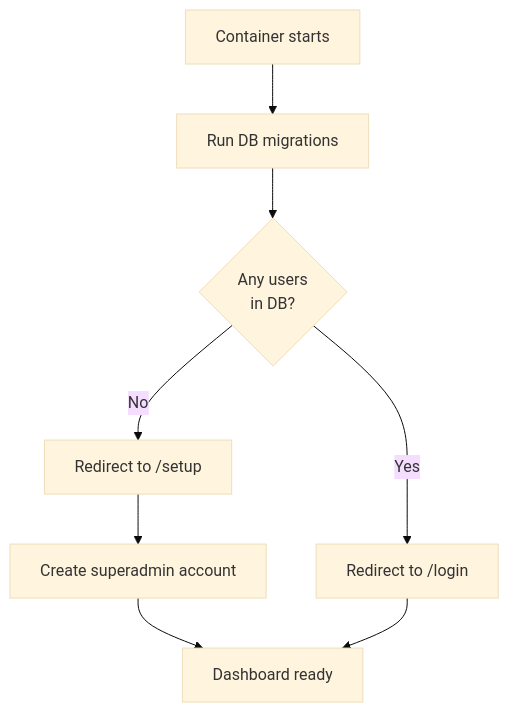
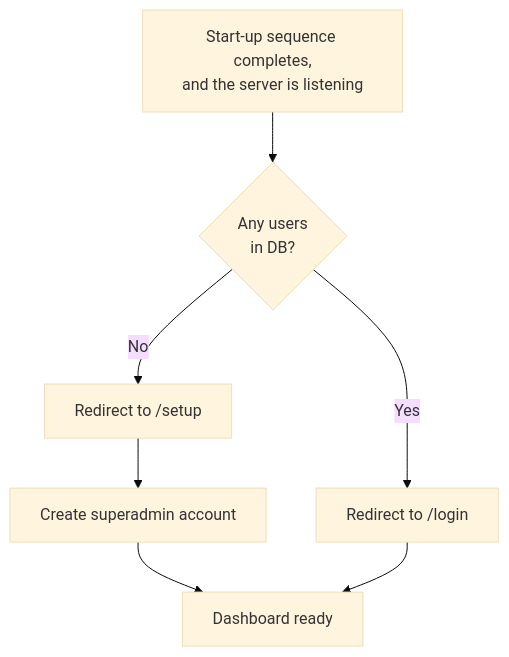
One commit to gitBoon/DumpFire changed the sixth of 10 diagrams in docs/deployment.md. Above: the diagram before and after it, drawn with Mermaid (base theme). The commit also changed other lines of this file and 317 other files, not shown here.

````diff
--- a/docs/deployment.md
+++ b/docs/deployment.md
@@ -150,10 +404,9 @@
 ```mermaid
 flowchart TD
-    Start["Container starts"] --> Migrate["Run DB migrations"]
-    Migrate --> Check{"Any users\nin DB?"}
+    Up["Start-up sequence completes,\nand the server is listening"] --> Check{"Any users\nin DB?"}
     Check -->|"No"| Setup["Redirect to /setup"]
     Setup --> Create["Create superadmin account"]
     Create --> Dashboard["Dashboard ready"]
     Check -->|"Yes"| Login["Redirect to /login"]
     Login --> Dashboard
 ```
````
